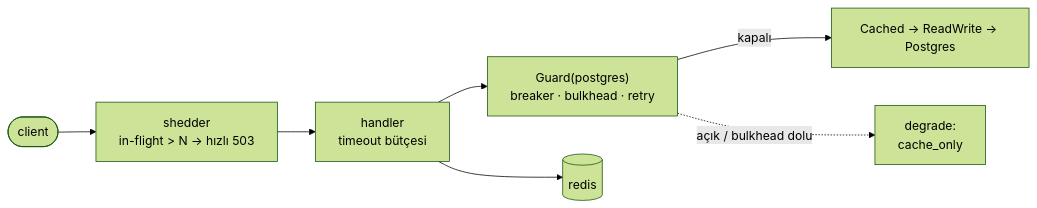
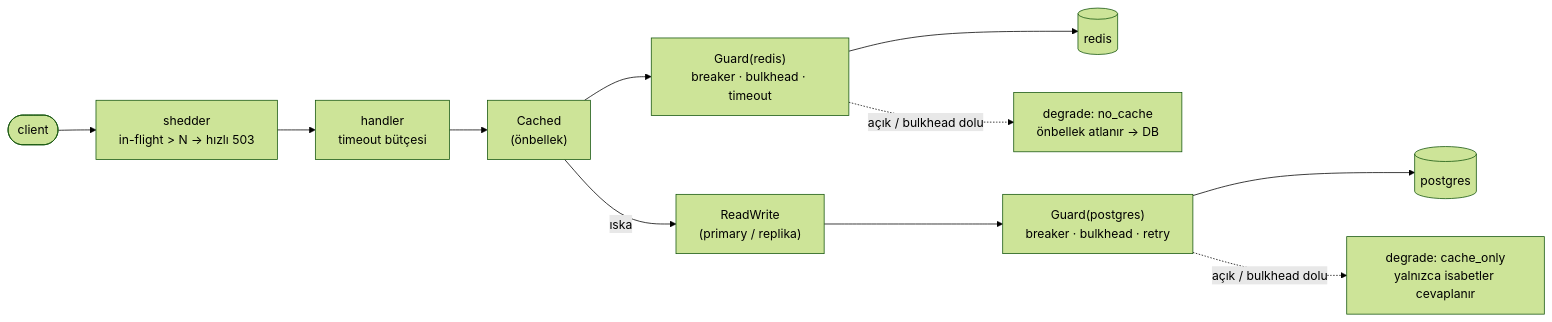
Before and after one commit to bulutaysarac/linkly-ladder: the diagram in 10-resilience/README.md, drawn with Mermaid (forest theme). The commit also changed other lines of this file and 498 other files, not shown here.

````diff
--- a/10-resilience/README.md
+++ b/10-resilience/README.md
@@ -12,9 +22,11 @@
 ```mermaid
 flowchart LR
   C([client]) --> S["shedder<br/>in-flight > N → hızlı 503"]
   S --> H["handler<br/>timeout bütçesi"]
-  H --> G["Guard(postgres)<br/>breaker · bulkhead · retry"]
-  G -->|kapalı| ST["Cached → ReadWrite → Postgres"]
-  G -.->|"açık / bulkhead dolu"| D["degrade:<br/>cache_only"]
-  H --> R[(redis)]
+  H --> CA["Cached<br/>(önbellek)"]
+  CA --> GR["Guard(redis)<br/>breaker · bulkhead · timeout"] --> R[(redis)]
+  GR -.->|"açık / bulkhead dolu"| D2["degrade: no_cache<br/>önbellek atlanır → DB"]
+  CA -->|ıska| RW["ReadWrite<br/>(primary / replika)"]
+  RW --> GP["Guard(postgres)<br/>breaker · bulkhead · retry"] --> PG[(postgres)]
+  GP -.->|"açık / bulkhead dolu"| D1["degrade: cache_only<br/>yalnızca isabetler cevaplanır"]
 ```
````
